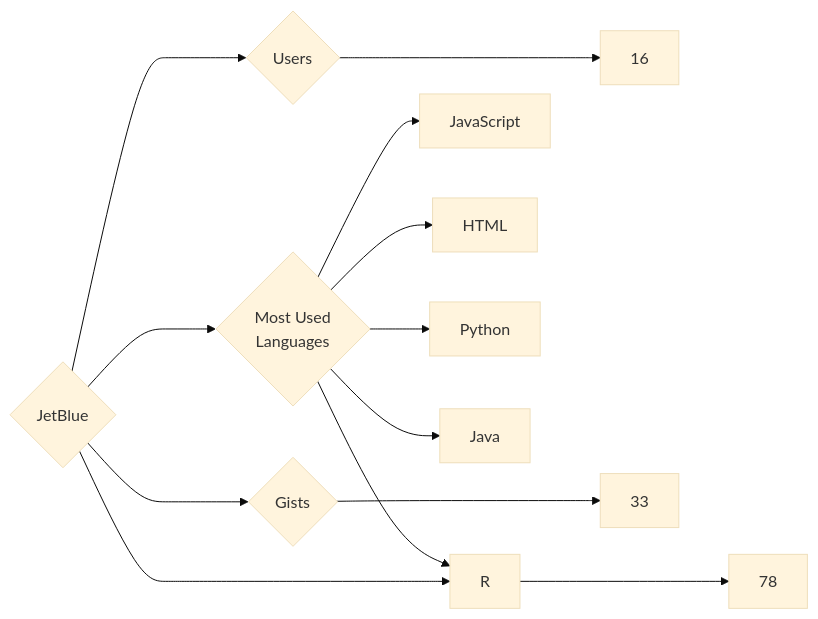
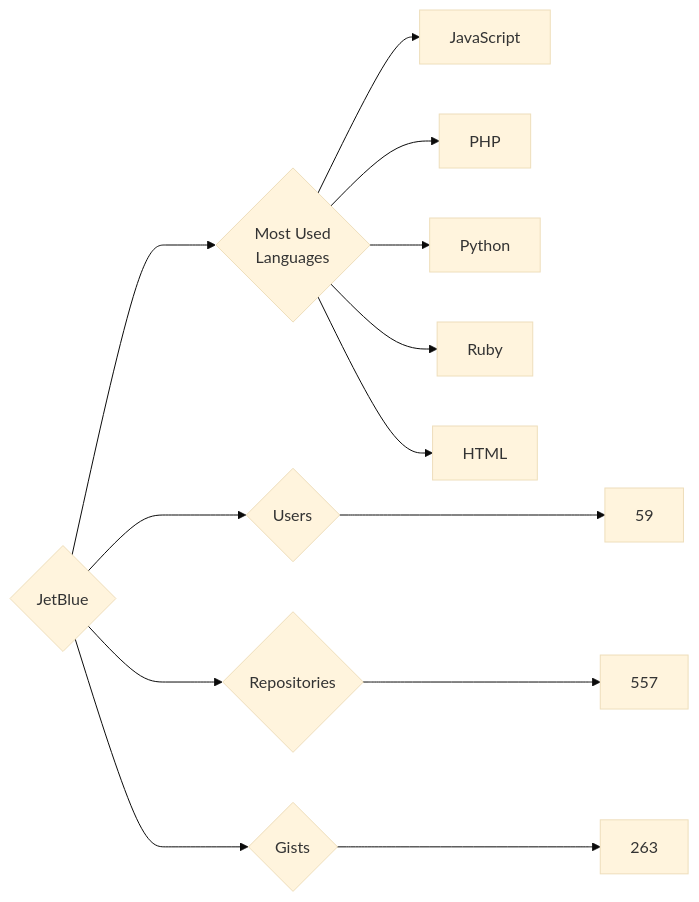
The diagram in targets/JetBlue/README.md (trickest/insiders), drawn with Mermaid (base theme) before and after one commit. The commit also changed 1248 other files, not shown here.

````diff
--- a/targets/JetBlue/README.md
+++ b/targets/JetBlue/README.md
@@ -3,13 +3,13 @@
 ```mermaid
 graph LR
 COMPANY_NAME{JetBlue}
-COMPANY_NAME ---> U{Users} ---> UN[16]
-COMPANY_NAME ---> R{Repositories} ---> RN[78]
-COMPANY_NAME ---> G{Gists} ---> GN[33]
+COMPANY_NAME ---> U{Users} ---> UN[59]
+COMPANY_NAME ---> R{Repositories} ---> RN[557]
+COMPANY_NAME ---> G{Gists} ---> GN[263]
 COMPANY_NAME ---> ML{Most Used<br>Languages}
 ML --> JavaScript[JavaScript]
+ML --> PHP[PHP]
+ML --> Python[Python]
+ML --> Ruby[Ruby]
 ML --> HTML[HTML]
-ML --> Python[Python]
-ML --> Java[Java]
-ML --> R[R]
 ```
````
